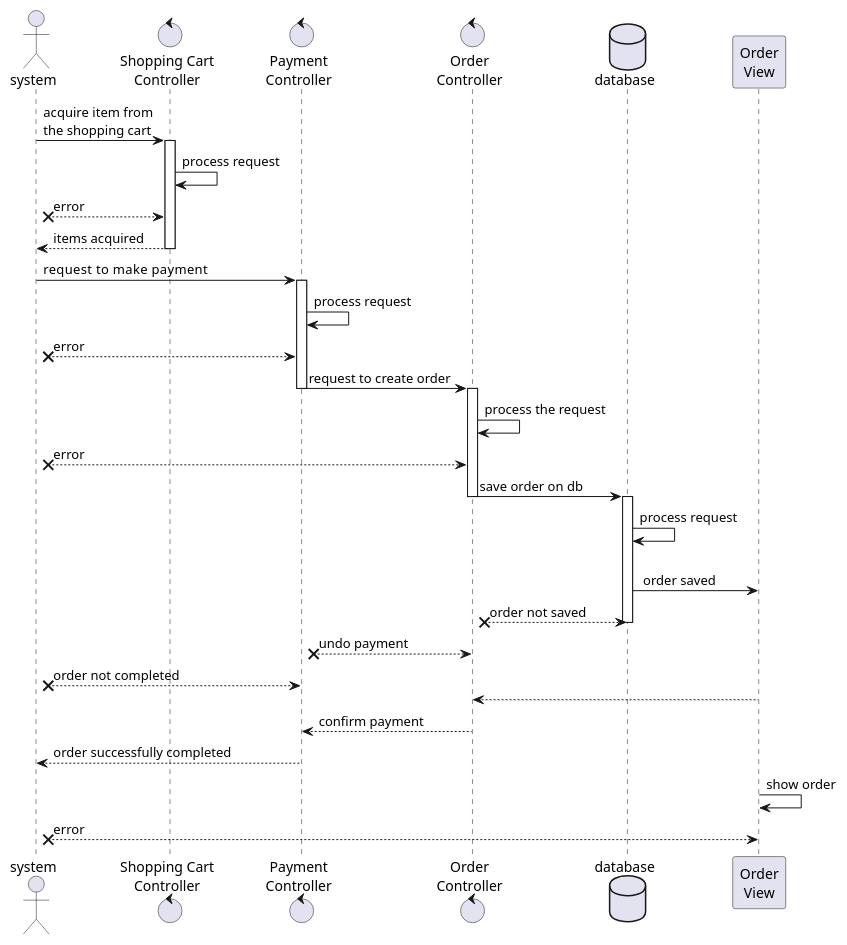
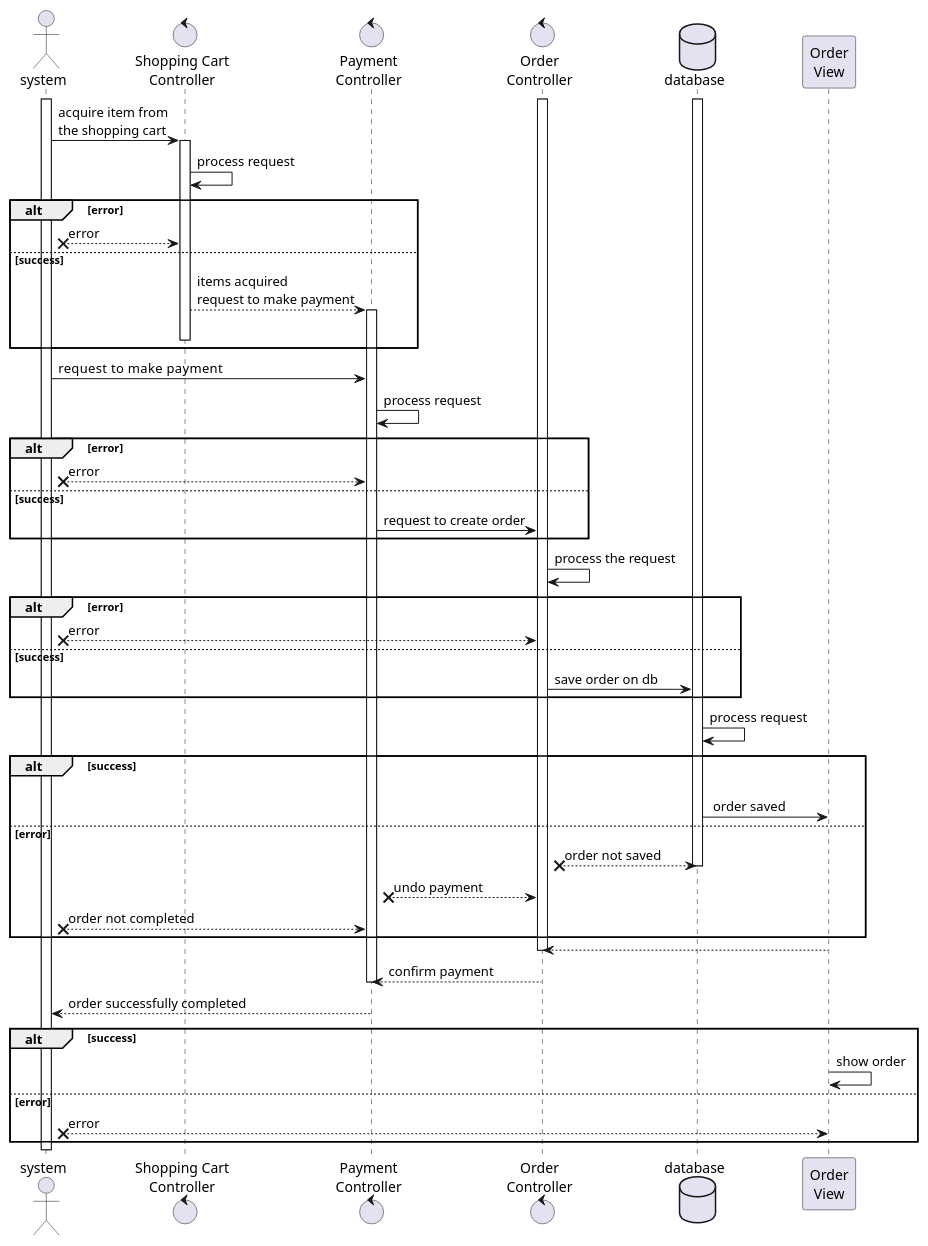
The diagram in src/main/java/unipa/fooddelivery/diagrams/sequence/system/orderProcessing.wsd (TommasoScalici/FoodDelivery), drawn with PlantUML before and after one commit. The commit also changed 13 other files, not shown here.

Commit message:
definitive fix of all sequence diagram present on the relation

```diff
--- a/src/main/java/unipa/fooddelivery/diagrams/sequence/system/orderProcessing.wsd
+++ b/src/main/java/unipa/fooddelivery/diagrams/sequence/system/orderProcessing.wsd
@@ -1,47 +1,60 @@
 @startuml orderProcessing
 
 actor system
 control "Shopping Cart\nController" as shopController
 control "Payment\nController" as paymentController
 control "Order\nController" as orderController
 Database database as db
 participant "Order\nView" as orderView
 
-system -> shopController: acquire item from\nthe shopping cart
+activate system
+    system -> shopController: acquire item from\nthe shopping cart
 
-activate shopController
-shopController -> shopController: process request
-system x-- shopController: error
-system <-- shopController: items acquired
-deactivate shopController
+    activate shopController
+    shopController -> shopController: process request
+    alt error
+    system x-- shopController: error
+    else success
+    shopController --> paymentController: items acquired\nrequest to make payment
+    activate paymentController
+    deactivate shopController
+    end
 
-system -> paymentController: request to make   payment
+    system -> paymentController: request to make   payment
 
-activate paymentController
-paymentController -> paymentController: process request
-system x-- paymentController: error
-paymentController -> orderController: request to create order
-deactivate paymentController
+    paymentController -> paymentController: process request
+    alt error
+    system x-- paymentController: error
+    else success
+    paymentController -> orderController: request to create order
+    end
+    activate orderController
+    orderController -> orderController: process the request
+    alt error
+    system x-- orderController: error
+    else success
+    orderController -> db: save order on db
+    end
+    activate db
+    db -> db : process request
+    alt success
+    db -> orderView : \n order saved
+    else error
+    orderController x-- db : order not saved
+    deactivate db
 
-activate orderController
-orderController -> orderController: process the request
-system x-- orderController: error
-orderController -> db: save order on db
-deactivate orderController
-
-activate db
-db -> db : process request
-db -> orderView : \n order saved
-
-orderController x-- db : order not saved
-deactivate db
-
-paymentController x-- orderController : undo payment
-system x-- paymentController : order not completed
-orderController <-- orderView : 
-paymentController <-- orderController : confirm payment
-system <-- paymentController : order successfully completed
-orderView -> orderView : show order
-system x-- orderView : error
+    paymentController x-- orderController : undo payment
+    system x-- paymentController : order not completed
+    end
+    orderController <-- orderView : 
+    deactivate orderController
+    paymentController <-- orderController : confirm payment
+    deactivate paymentController
+    system <-- paymentController : order successfully completed
+    alt success
+    orderView -> orderView : show order
+    else error
+    system x-- orderView : error
+    end
 
 @enduml 
```
